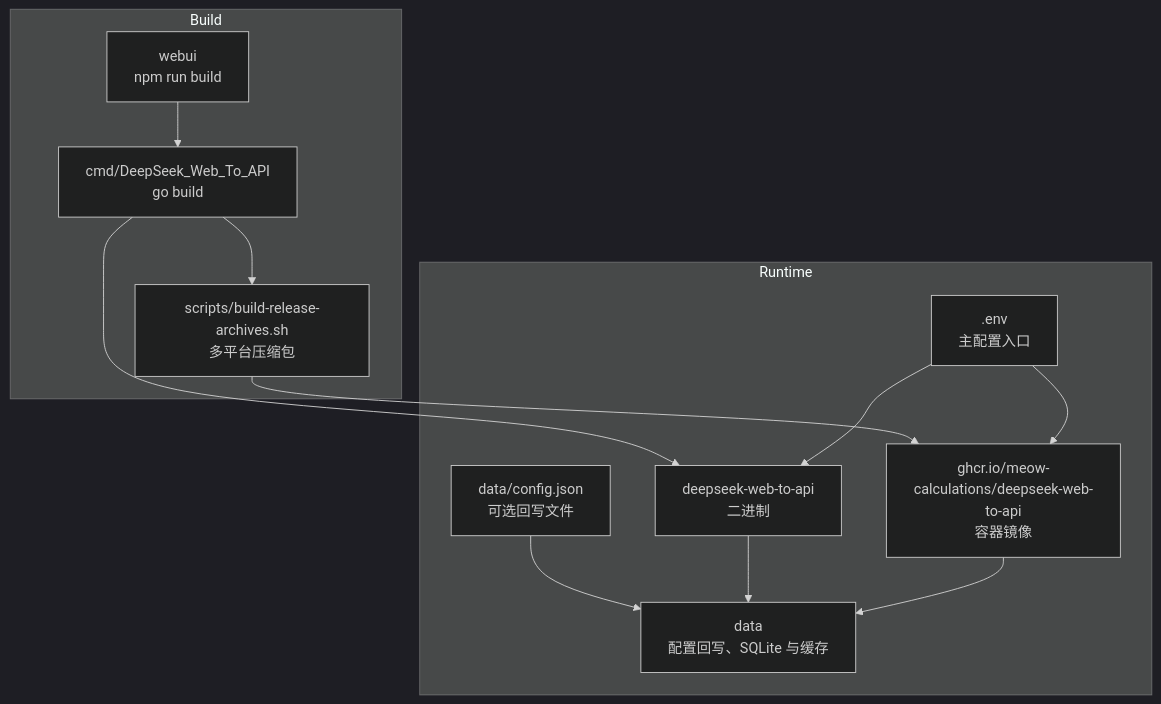
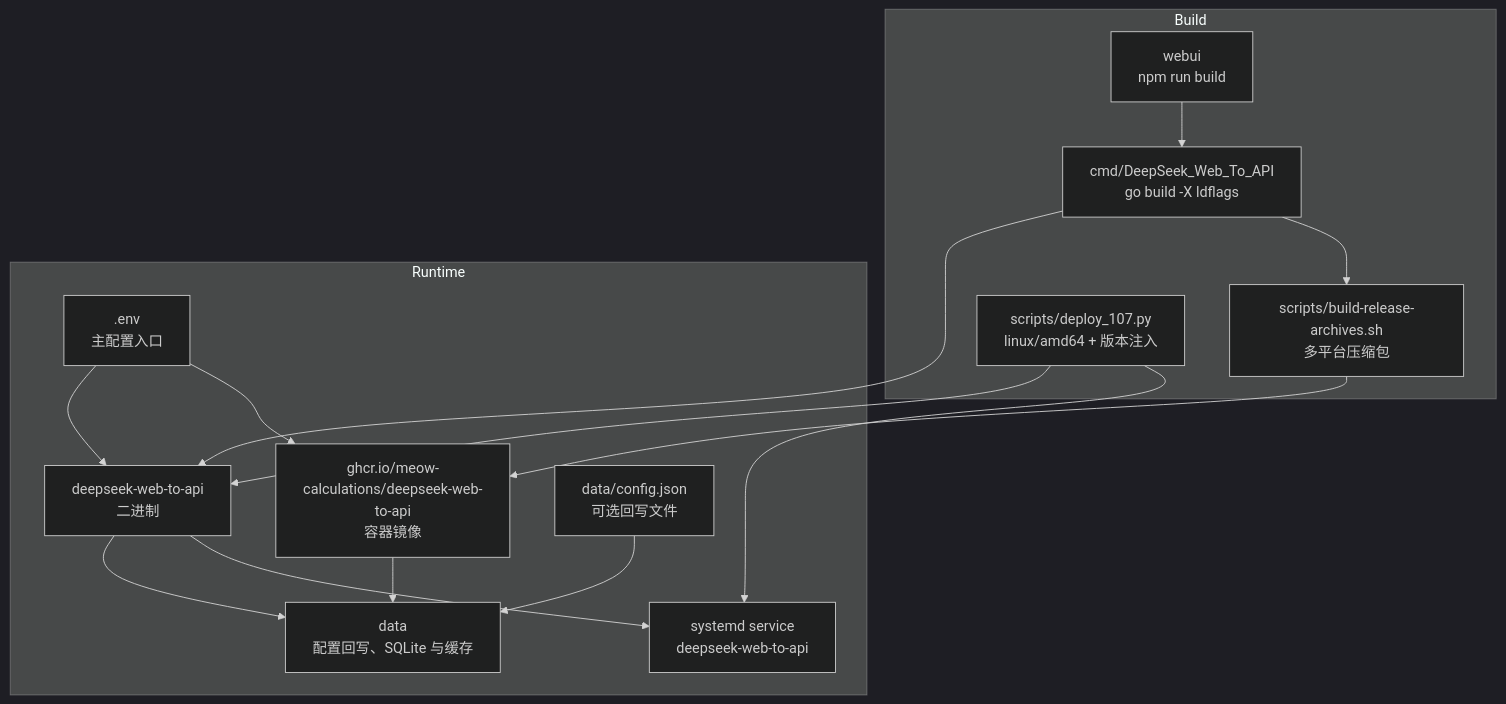
The first of 2 diagrams in docs/deployment.md (marklove5102/DeepSeek_Web_To_API), drawn with Mermaid (dark theme) before and after one commit. The commit also changed other lines of this file and 4 other files, not shown here.

First line of the commit message:
security: redact prod IP from scripts/deploy_107.py + docs + READMEs

````diff
--- a/docs/deployment.md
+++ b/docs/deployment.md
@@ -44,24 +51,29 @@
 ```mermaid
 graph TB
 subgraph "Build"
 WEBBUILD["webui<br/>npm run build"]
-GOBUILD["cmd/DeepSeek_Web_To_API<br/>go build"]
+GOBUILD["cmd/DeepSeek_Web_To_API<br/>go build -X ldflags"]
 ARCHIVE["scripts/build-release-archives.sh<br/>多平台压缩包"]
+DEPLOYPY["scripts/deploy_107.py<br/>linux/amd64 + 版本注入"]
 end
 subgraph "Runtime"
 BINARY["deepseek-web-to-api<br/>二进制"]
 DOCKER["ghcr.io/meow-calculations/deepseek-web-to-api<br/>容器镜像"]
 CONFIG["data/config.json<br/>可选回写文件"]
 ENV[".env<br/>主配置入口"]
 DATA["data<br/>配置回写、SQLite 与缓存"]
+SYSTEMD["systemd service<br/>deepseek-web-to-api"]
 end
 WEBBUILD --> GOBUILD
 GOBUILD --> BINARY
 GOBUILD --> ARCHIVE
 ARCHIVE --> DOCKER
 ENV --> BINARY
 ENV --> DOCKER
 CONFIG --> DATA
 BINARY --> DATA
 DOCKER --> DATA
+BINARY --> SYSTEMD
+DEPLOYPY --> BINARY
+DEPLOYPY --> SYSTEMD
 ```
````
